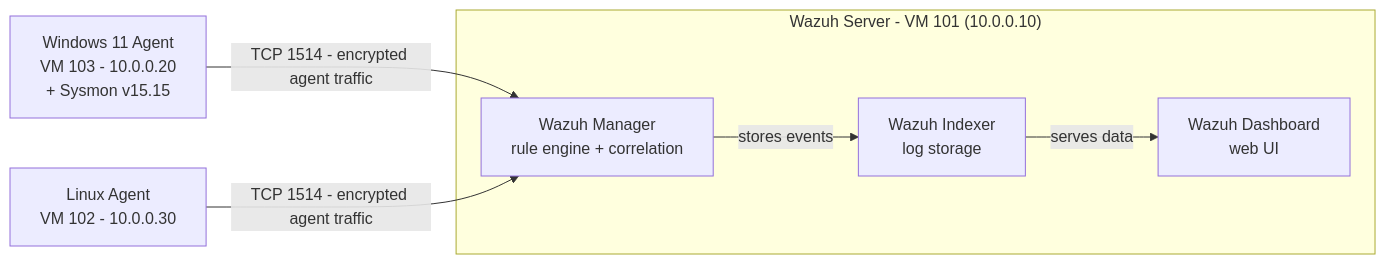
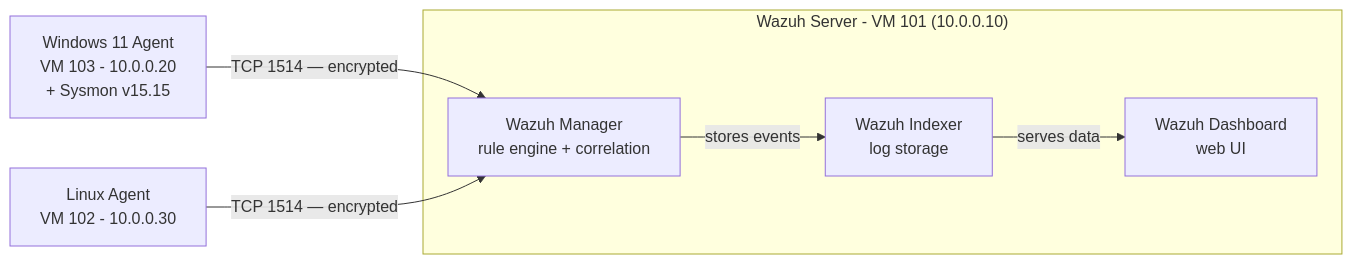
The diagram in README.md (tahmidislam2003/wazuh-siem-lab), drawn with Mermaid before and after one commit.

Commit message:
Fix diagram: remove quotes from TCP 1514 edge labels

````diff
--- a/README.md
+++ b/README.md
@@ -9,16 +9,16 @@
 ```mermaid
 graph LR
     WIN[Windows 11 Agent<br/>VM 103 - 10.0.0.20<br/>+ Sysmon v15.15]
     LIN[Linux Agent<br/>VM 102 - 10.0.0.30]
 
     subgraph server["Wazuh Server - VM 101 (10.0.0.10)"]
         MGR[Wazuh Manager<br/>rule engine + correlation]
         IDX[Wazuh Indexer<br/>log storage]
         DASH[Wazuh Dashboard<br/>web UI]
         MGR -->|stores events| IDX
         IDX -->|serves data| DASH
     end
 
-    WIN -->|"TCP 1514 - encrypted agent traffic"| MGR
-    LIN -->|"TCP 1514 - encrypted agent traffic"| MGR
+    WIN -->|TCP 1514 — encrypted| MGR
+    LIN -->|TCP 1514 — encrypted| MGR
 ```
````
